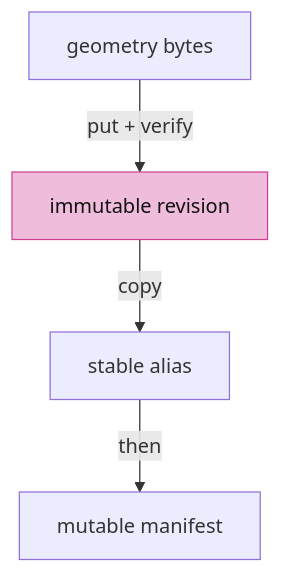
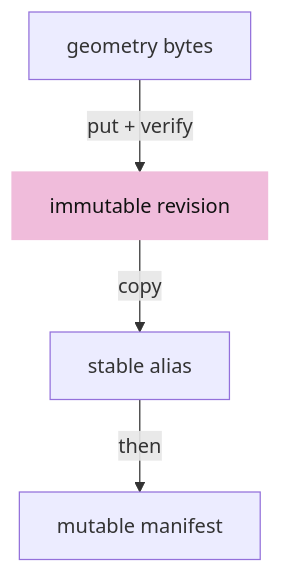
Before and after one commit to petrasvestartas/session: the fourth of 4 diagrams in session_viewer/docs/15-publication.md, drawn with Mermaid. The commit also changed other lines of this file and 324 other files, not shown here.

````diff
--- a/session_viewer/docs/15-publication.md
+++ b/session_viewer/docs/15-publication.md
@@ -78,7 +86,7 @@
 ```mermaid
 flowchart TB
     G["geometry bytes"] -- "put + verify" --> R["immutable revision"]
     R -- "copy" --> A["stable alias"]
     A -- "then" --> M["mutable manifest"]
-    style R fill:#f0bcdb,stroke:#ce4095,color:#111
+    style R fill:#f0bcdb,stroke:#f0bcdb,color:#111
 ```
````
